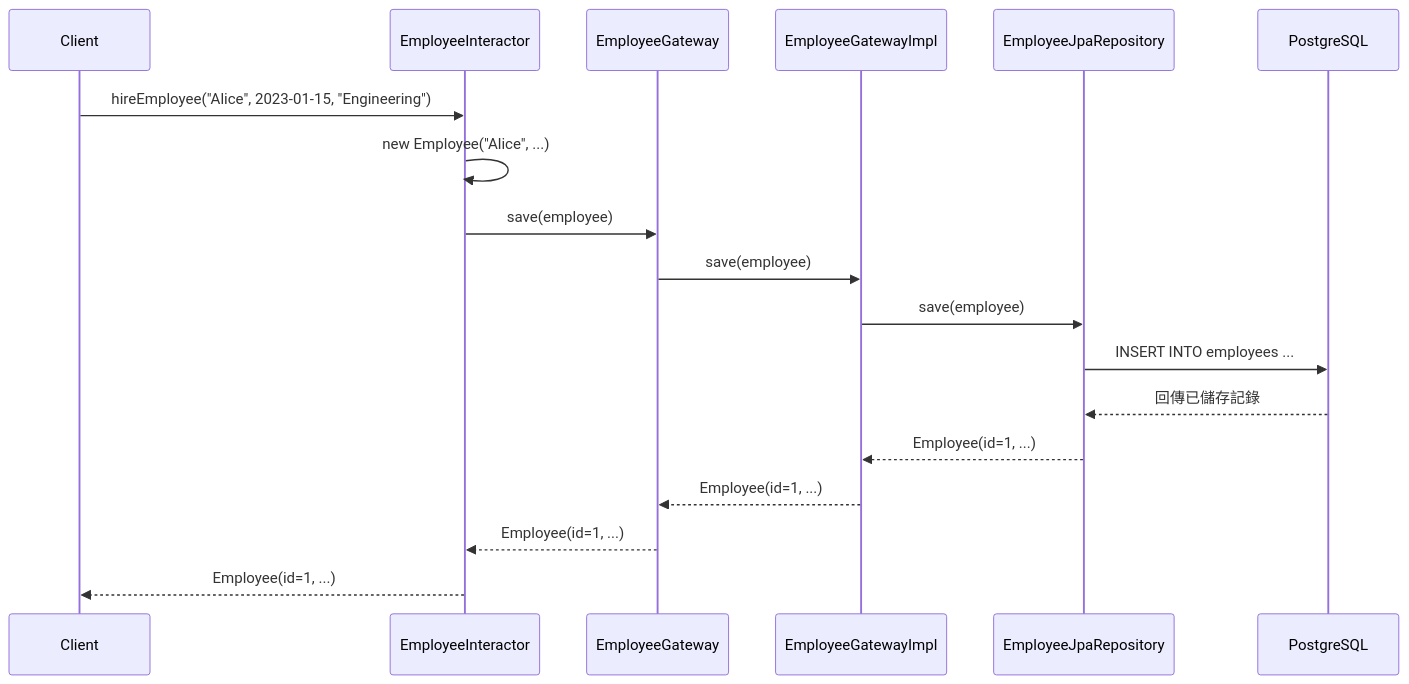
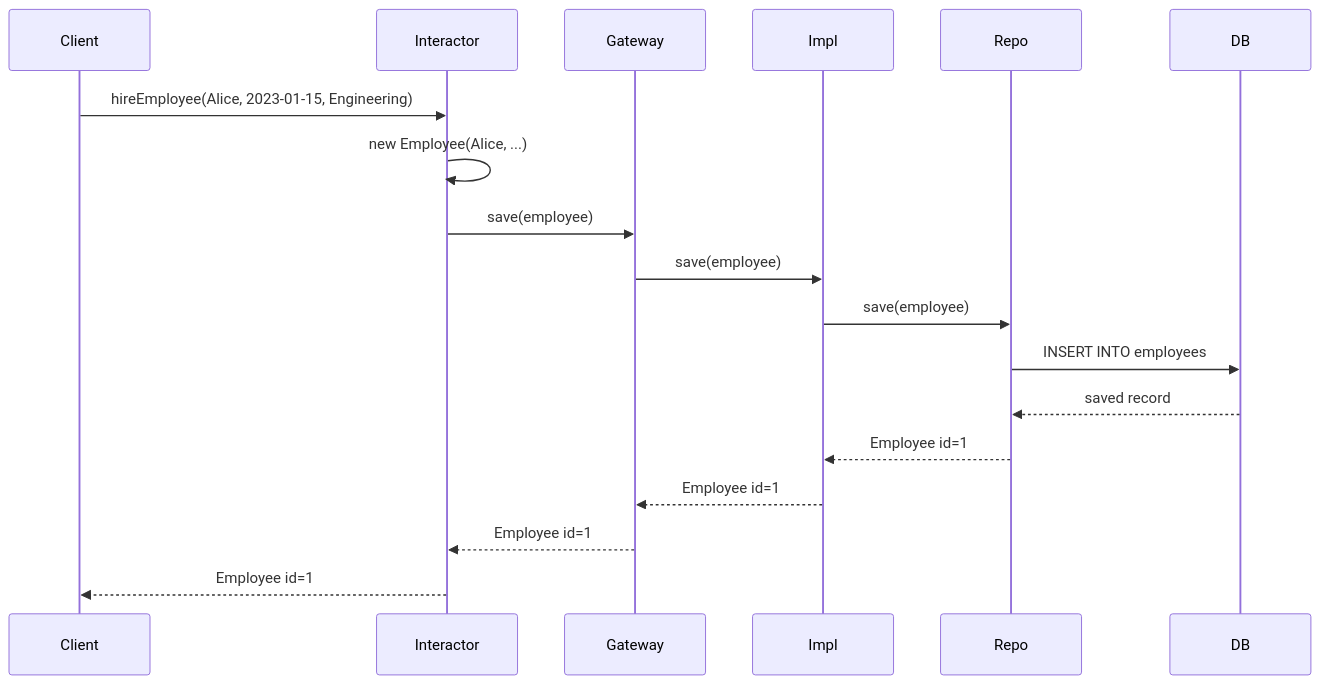
One commit to ChunPingWang/gateway-4-db-test changed the second of 5 diagrams in README.md. Above: the diagram before and after it, drawn with Mermaid. The commit also changed other lines of this file, not shown here.

Commit message:
fix: 修正 Sequence Diagram Mermaid 語法，移除特殊字元確保 GitHub 正常渲染

````diff
--- a/README.md
+++ b/README.md
@@ -111,21 +111,21 @@
 ```mermaid
 sequenceDiagram
     participant Client
-    participant Interactor as EmployeeInteractor
-    participant Gateway as EmployeeGateway
-    participant Impl as EmployeeGatewayImpl
-    participant Repo as EmployeeJpaRepository
-    participant DB as PostgreSQL
+    participant Interactor
+    participant Gateway
+    participant Impl
+    participant Repo
+    participant DB
 
-    Client->>Interactor: hireEmployee("Alice", 2023-01-15, "Engineering")
-    Interactor->>Interactor: new Employee("Alice", ...)
+    Client->>Interactor: hireEmployee(Alice, 2023-01-15, Engineering)
+    Interactor->>Interactor: new Employee(Alice, ...)
     Interactor->>Gateway: save(employee)
     Gateway->>Impl: save(employee)
     Impl->>Repo: save(employee)
-    Repo->>DB: INSERT INTO employees ...
-    DB-->>Repo: 回傳已儲存記錄
-    Repo-->>Impl: Employee(id=1, ...)
-    Impl-->>Gateway: Employee(id=1, ...)
-    Gateway-->>Interactor: Employee(id=1, ...)
-    Interactor-->>Client: Employee(id=1, ...)
+    Repo->>DB: INSERT INTO employees
+    DB-->>Repo: saved record
+    Repo-->>Impl: Employee id=1
+    Impl-->>Gateway: Employee id=1
+    Gateway-->>Interactor: Employee id=1
+    Interactor-->>Client: Employee id=1
 ```
````
